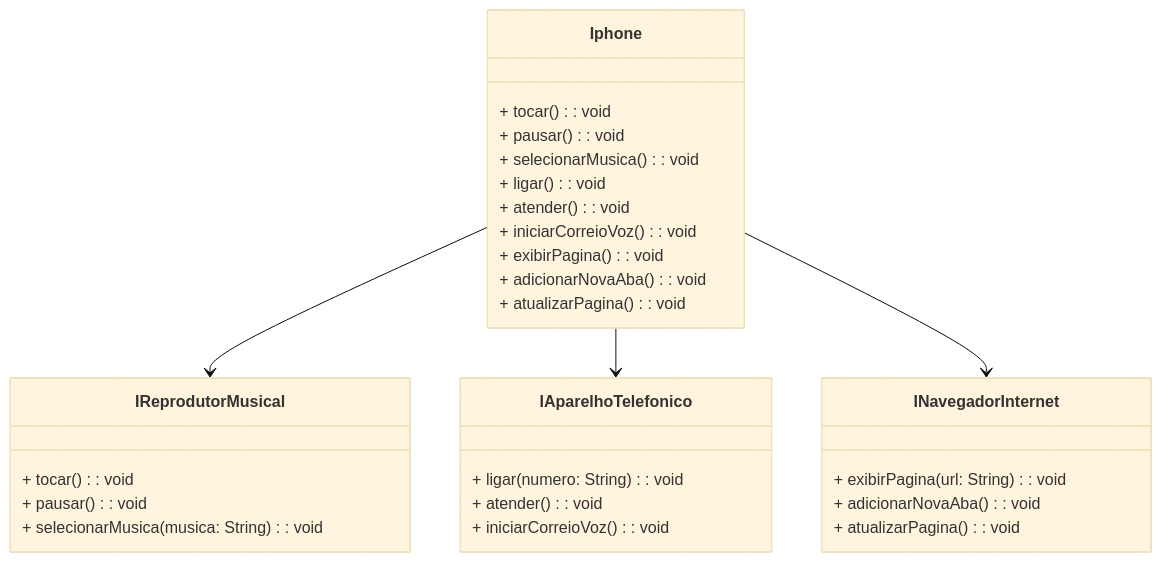
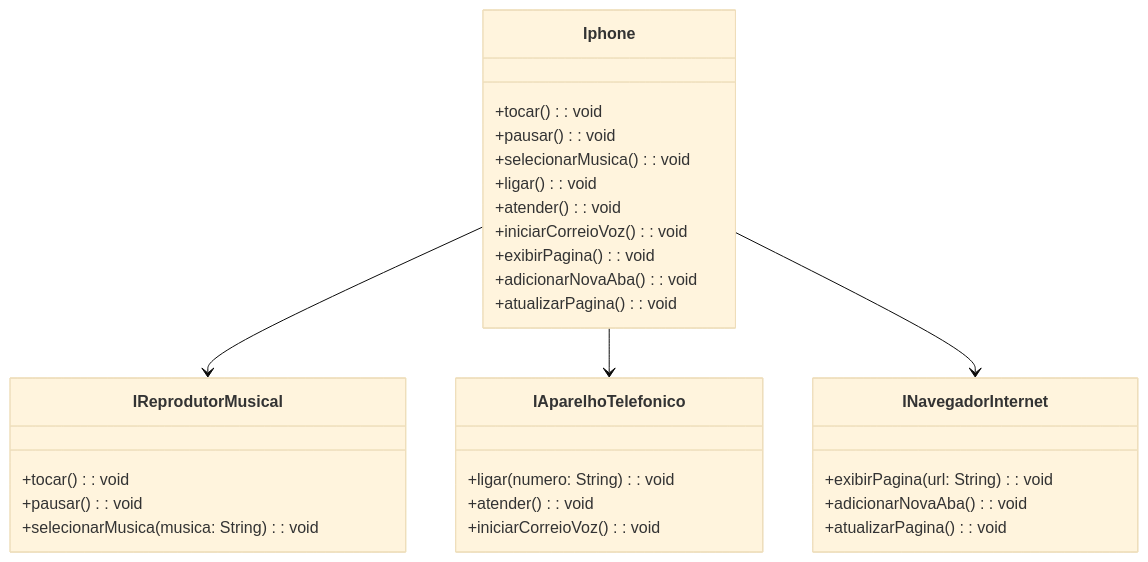
One commit to sergioperess/java_exemplos changed the diagram in src/poo/Diagrama UML.md. Above: the diagram before and after it, drawn with Mermaid (base theme).

Commit message:
Exercicios de treinamento

````diff
--- a/src/poo/Diagrama UML.md
+++ b/src/poo/Diagrama UML.md
@@ -2,36 +2,36 @@
 ```mermaid
 classDiagram
     class IReprodutorMusical {
-        + tocar(): void
-        + pausar(): void
-        + selecionarMusica(musica: String): void
+        +tocar(): void
+        +pausar(): void
+        +selecionarMusica(musica: String): void
     }
 
     class IAparelhoTelefonico {
-        + ligar(numero: String): void
-        + atender(): void
-        + iniciarCorreioVoz(): void
+        +ligar(numero: String): void
+        +atender(): void
+        +iniciarCorreioVoz(): void
     }
 
     class INavegadorInternet {
-        + exibirPagina(url: String): void
-        + adicionarNovaAba(): void
-        + atualizarPagina(): void
+        +exibirPagina(url: String): void
+        +adicionarNovaAba(): void
+        +atualizarPagina(): void
     }
 
     class Iphone {
-        + tocar(): void
-        + pausar(): void
-        + selecionarMusica(): void
-        + ligar(): void
-        + atender(): void
-        + iniciarCorreioVoz(): void
-        + exibirPagina(): void
-        + adicionarNovaAba(): void
-        + atualizarPagina(): void
+        +tocar(): void
+        +pausar(): void
+        +selecionarMusica(): void
+        +ligar(): void
+        +atender(): void
+        +iniciarCorreioVoz(): void
+        +exibirPagina(): void
+        +adicionarNovaAba(): void
+        +atualizarPagina(): void
     }
 
     Iphone --> IReprodutorMusical
     Iphone --> IAparelhoTelefonico
     Iphone --> INavegadorInternet
 ```
````
